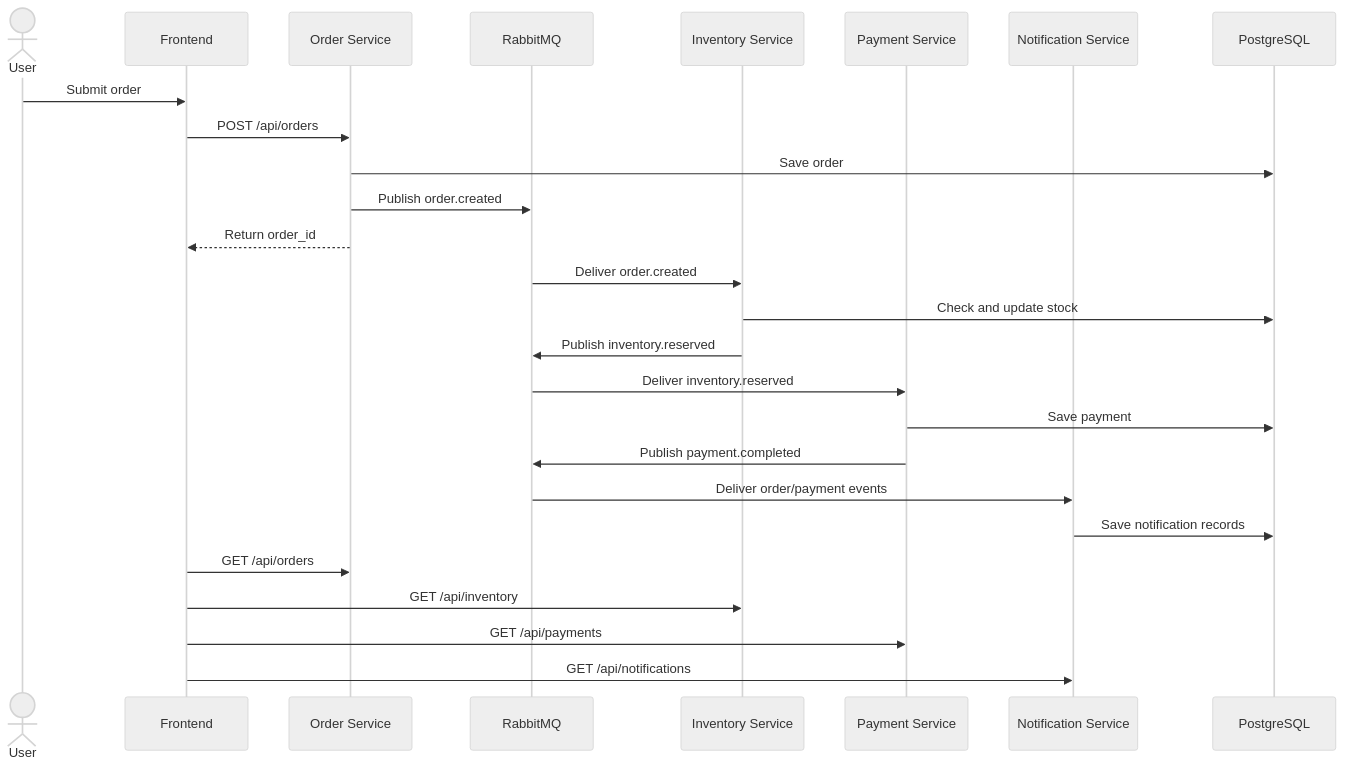
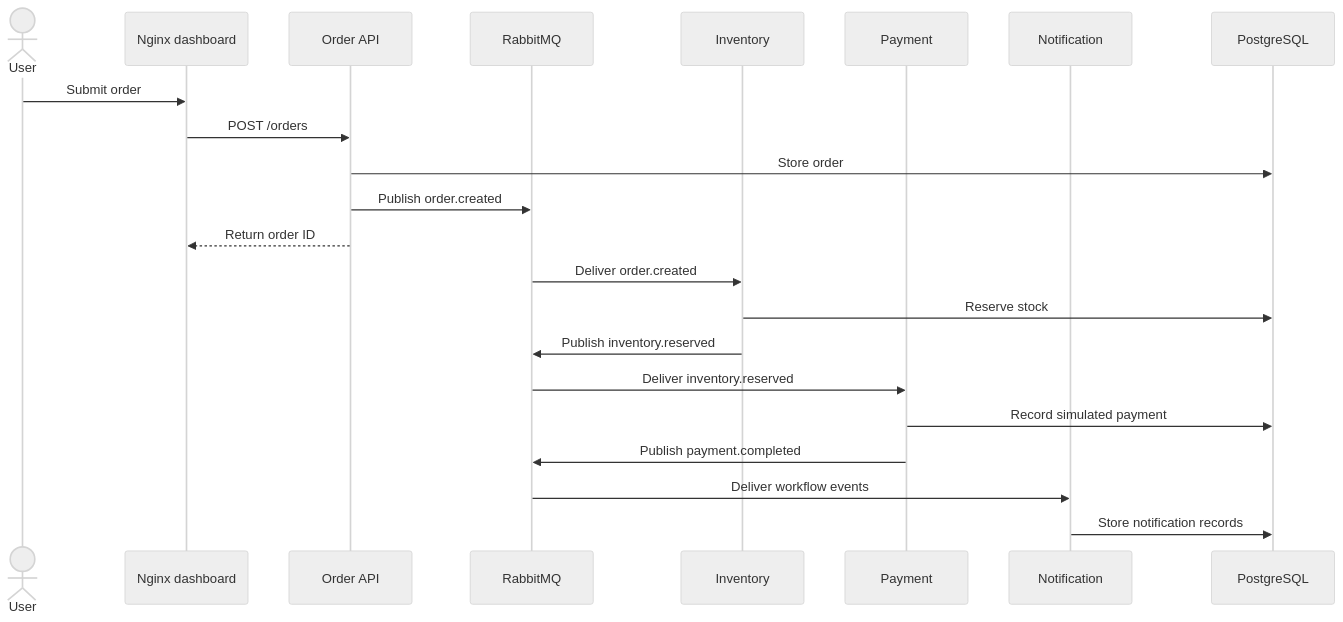
The second of 2 diagrams in docs/ARCHITECTURE_DIAGRAMS.md (heyiamwahab236/azure-aks-gitops), drawn with Mermaid (neutral theme) before and after one commit. The commit also changed other lines of this file and 6 other files, not shown here.

````diff
--- a/docs/ARCHITECTURE_DIAGRAMS.md
+++ b/docs/ARCHITECTURE_DIAGRAMS.md
@@ -40,33 +21,24 @@
 ```mermaid
 sequenceDiagram
     actor User
-    participant FE as Frontend
-    participant OS as Order Service
+    participant FE as Nginx dashboard
+    participant OS as Order API
     participant MQ as RabbitMQ
-    participant IS as Inventory Service
-    participant PS as Payment Service
-    participant NS as Notification Service
+    participant IS as Inventory
+    participant PS as Payment
+    participant NS as Notification
     participant DB as PostgreSQL
-
     User->>FE: Submit order
-    FE->>OS: POST /api/orders
-    OS->>DB: Save order
+    FE->>OS: POST /orders
+    OS->>DB: Store order
     OS->>MQ: Publish order.created
-    OS-->>FE: Return order_id
-
+    OS-->>FE: Return order ID
     MQ->>IS: Deliver order.created
-    IS->>DB: Check and update stock
+    IS->>DB: Reserve stock
     IS->>MQ: Publish inventory.reserved
-
     MQ->>PS: Deliver inventory.reserved
-    PS->>DB: Save payment
+    PS->>DB: Record simulated payment
     PS->>MQ: Publish payment.completed
-
-    MQ->>NS: Deliver order/payment events
-    NS->>DB: Save notification records
-
-    FE->>OS: GET /api/orders
-    FE->>IS: GET /api/inventory
-    FE->>PS: GET /api/payments
-    FE->>NS: GET /api/notifications
+    MQ->>NS: Deliver workflow events
+    NS->>DB: Store notification records
 ```
````
